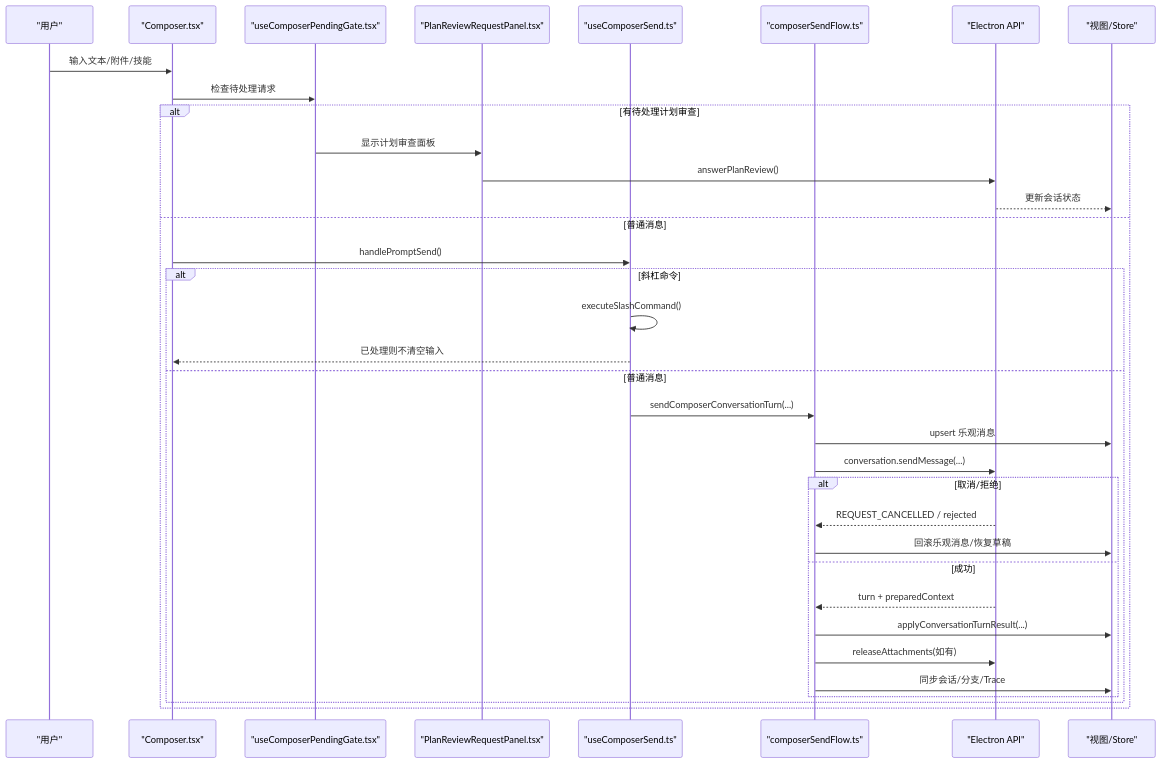
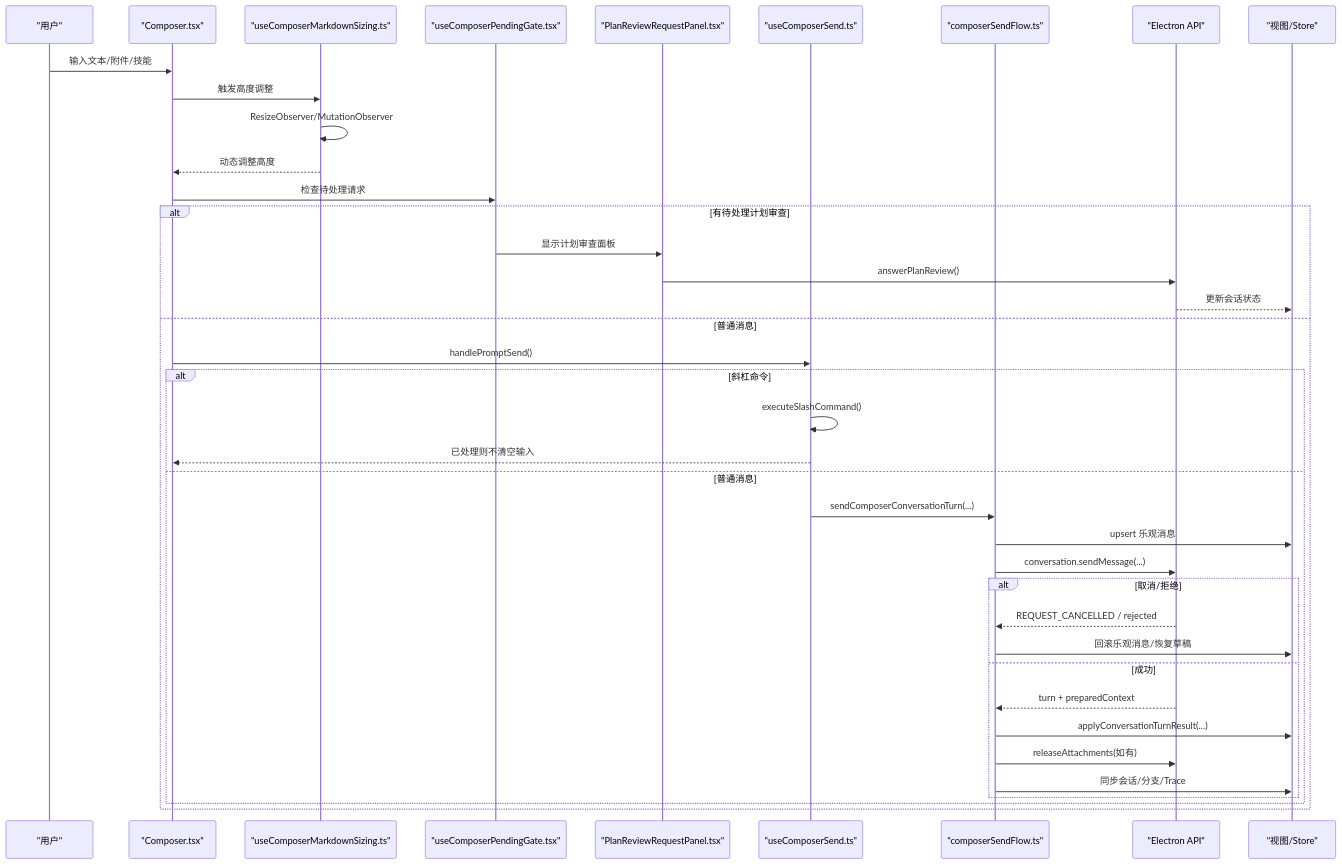
The second of 4 diagrams in .qoder/repowiki/zh/content/用户界面/对话编辑器/对话编辑器.md (haolange/RDC-Agent), drawn with Mermaid before and after one commit. The commit also changed other lines of this file and 80 other files, not shown here.

````diff
--- a/.qoder/repowiki/zh/content/用户界面/对话编辑器/对话编辑器.md
+++ b/.qoder/repowiki/zh/content/用户界面/对话编辑器/对话编辑器.md
@@ -129,37 +134,41 @@
 ```mermaid
 sequenceDiagram
 participant U as "用户"
 participant C as "Composer.tsx"
+participant MSI as "useComposerMarkdownSizing.ts"
 participant PG as "useComposerPendingGate.tsx"
 participant PRP as "PlanReviewRequestPanel.tsx"
 participant S as "useComposerSend.ts"
 participant F as "composerSendFlow.ts"
 participant E as "Electron API"
 participant V as "视图/Store"
 U->>C : 输入文本/附件/技能
+C->>MSI : 触发高度调整
+MSI->>MSI : ResizeObserver/MutationObserver
+MSI-->>C : 动态调整高度
 C->>PG : 检查待处理请求
 alt 有待处理计划审查
 PG->>PRP : 显示计划审查面板
 PRP->>E : answerPlanReview()
 E-->>V : 更新会话状态
 else 普通消息
 C->>S : handlePromptSend()
 alt 斜杠命令
 S->>S : executeSlashCommand()
 S-->>C : 已处理则不清空输入
 else 普通消息
 S->>F : sendComposerConversationTurn(...)
 F->>V : upsert 乐观消息
 F->>E : conversation.sendMessage(...)
 alt 取消/拒绝
 E-->>F : REQUEST_CANCELLED / rejected
 F->>V : 回滚乐观消息/恢复草稿
 else 成功
 E-->>F : turn + preparedContext
 F->>V : applyConversationTurnResult(...)
 F->>E : releaseAttachments(如有)
 F->>V : 同步会话/分支/Trace
 end
 end
 end
 ```
````
